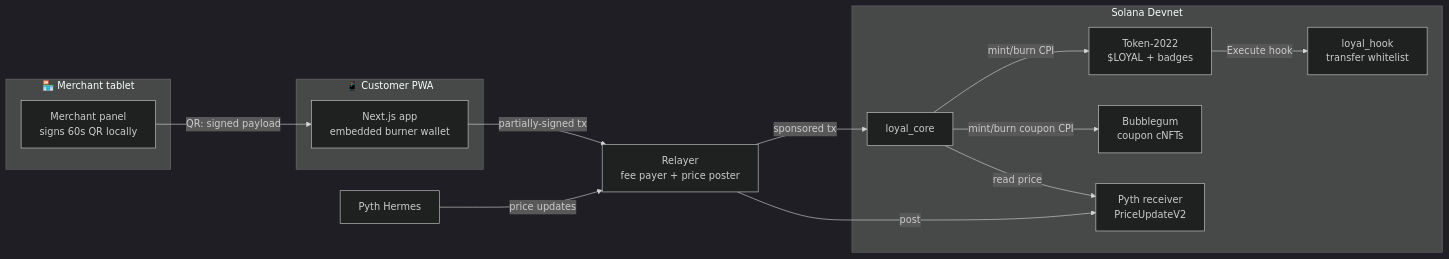
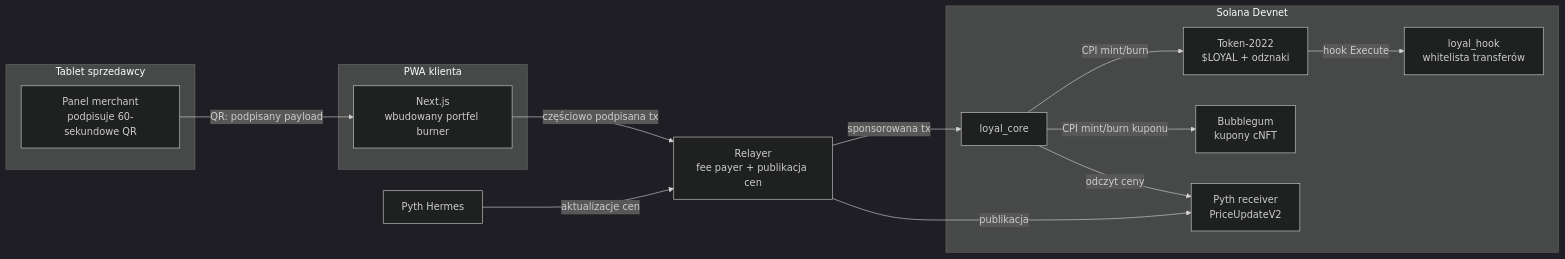
Before and after one commit to henrydev-dot/loyal.fun: the diagram in README.md, drawn with Mermaid (dark theme). The commit also changed other lines of this file and 23 other files, not shown here.

````diff
--- a/README.md
+++ b/README.md
@@ -38,25 +54,25 @@
 ```mermaid
 flowchart LR
-  subgraph till["🏪 Merchant tablet"]
-    MP[Merchant panel<br/>signs 60s QR locally]
+  subgraph till["Tablet sprzedawcy"]
+    MP[Panel merchant<br/>podpisuje 60-sekundowe QR]
   end
-  subgraph phone["📱 Customer PWA"]
-    APP[Next.js app<br/>embedded burner wallet]
+  subgraph phone["PWA klienta"]
+    APP[Next.js<br/>wbudowany portfel burner]
   end
-  REL[Relayer<br/>fee payer + price poster]
+  REL[Relayer<br/>fee payer + publikacja cen]
   subgraph solana["Solana Devnet"]
     CORE[loyal_core]
-    HOOK[loyal_hook<br/>transfer whitelist]
-    T22[Token-2022<br/>$LOYAL + badges]
-    BGUM[Bubblegum<br/>coupon cNFTs]
+    HOOK[loyal_hook<br/>whitelista transferów]
+    T22[Token-2022<br/>$LOYAL + odznaki]
+    BGUM[Bubblegum<br/>kupony cNFT]
     PYTH[Pyth receiver<br/>PriceUpdateV2]
   end
   HERMES[Pyth Hermes]
 
-  MP -->|QR: signed payload| APP
-  APP -->|partially-signed tx| REL -->|sponsored tx| CORE
-  CORE -->|mint/burn CPI| T22 -->|Execute hook| HOOK
-  CORE -->|mint/burn coupon CPI| BGUM
-  CORE -->|read price| PYTH
-  HERMES -->|price updates| REL -->|post| PYTH
+  MP -->|QR: podpisany payload| APP
+  APP -->|częściowo podpisana tx| REL -->|sponsorowana tx| CORE
+  CORE -->|CPI mint/burn| T22 -->|hook Execute| HOOK
+  CORE -->|CPI mint/burn kuponu| BGUM
+  CORE -->|odczyt ceny| PYTH
+  HERMES -->|aktualizacje cen| REL -->|publikacja| PYTH
 ```
````
